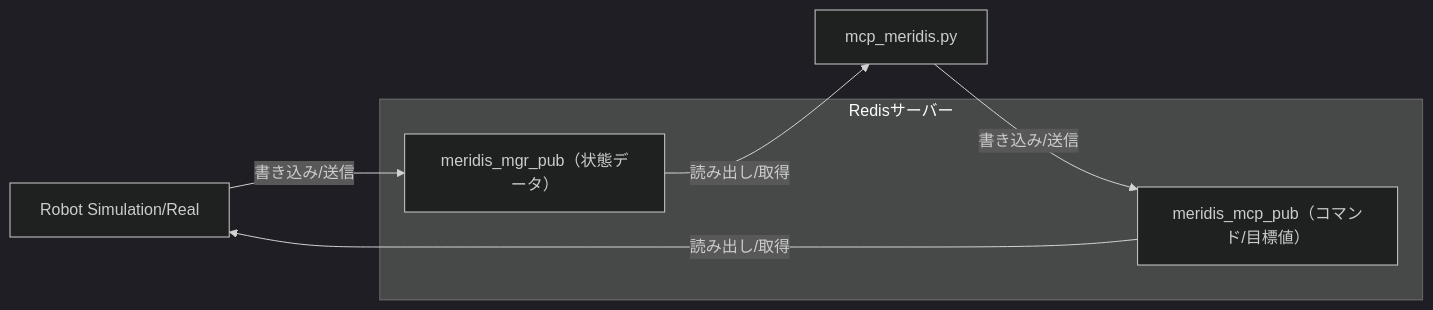
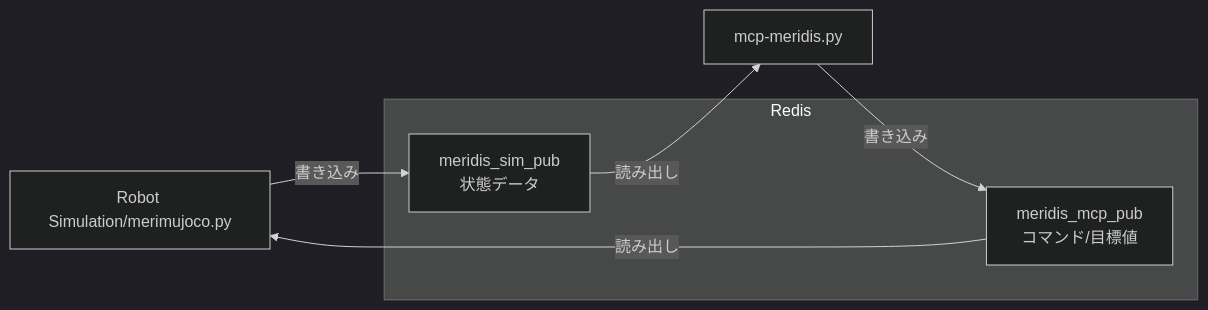
One commit to holypong/mcp-meridis changed the first of 2 diagrams in README.md. Above: the diagram before and after it, drawn with Mermaid (dark theme). The commit also changed other lines of this file and 6 other files, not shown here.

````diff
--- a/README.md
+++ b/README.md
@@ -80,13 +89,13 @@
 ```mermaid
 flowchart LR
-  Robot[Robot Simulation/Real ]
-  Server[mcp_meridis.py]
-  subgraph Redisサーバー
-    Meridis["meridis_mgr_pub（状態データ）"]
-    Meridis2["meridis_mcp_pub（コマンド/目標値）"]
+  Robot[Robot Simulation/merimujoco.py]
+  Server[mcp-meridis.py]
+  subgraph Redis
+    ReadKey[meridis_sim_pub<br/>状態データ]
+    WriteKey[meridis_mcp_pub<br/>コマンド/目標値]
   end
-  Robot -- 書き込み/送信 --> Meridis
-  Meridis -- 読み出し/取得 --> Server
-  Server -- 書き込み/送信 --> Meridis2
-  Meridis2 -- 読み出し/取得 --> Robot
+  Robot -- 書き込み --> ReadKey
+  ReadKey -- 読み出し --> Server
+  Server -- 書き込み --> WriteKey
+  WriteKey -- 読み出し --> Robot
 ```
````
